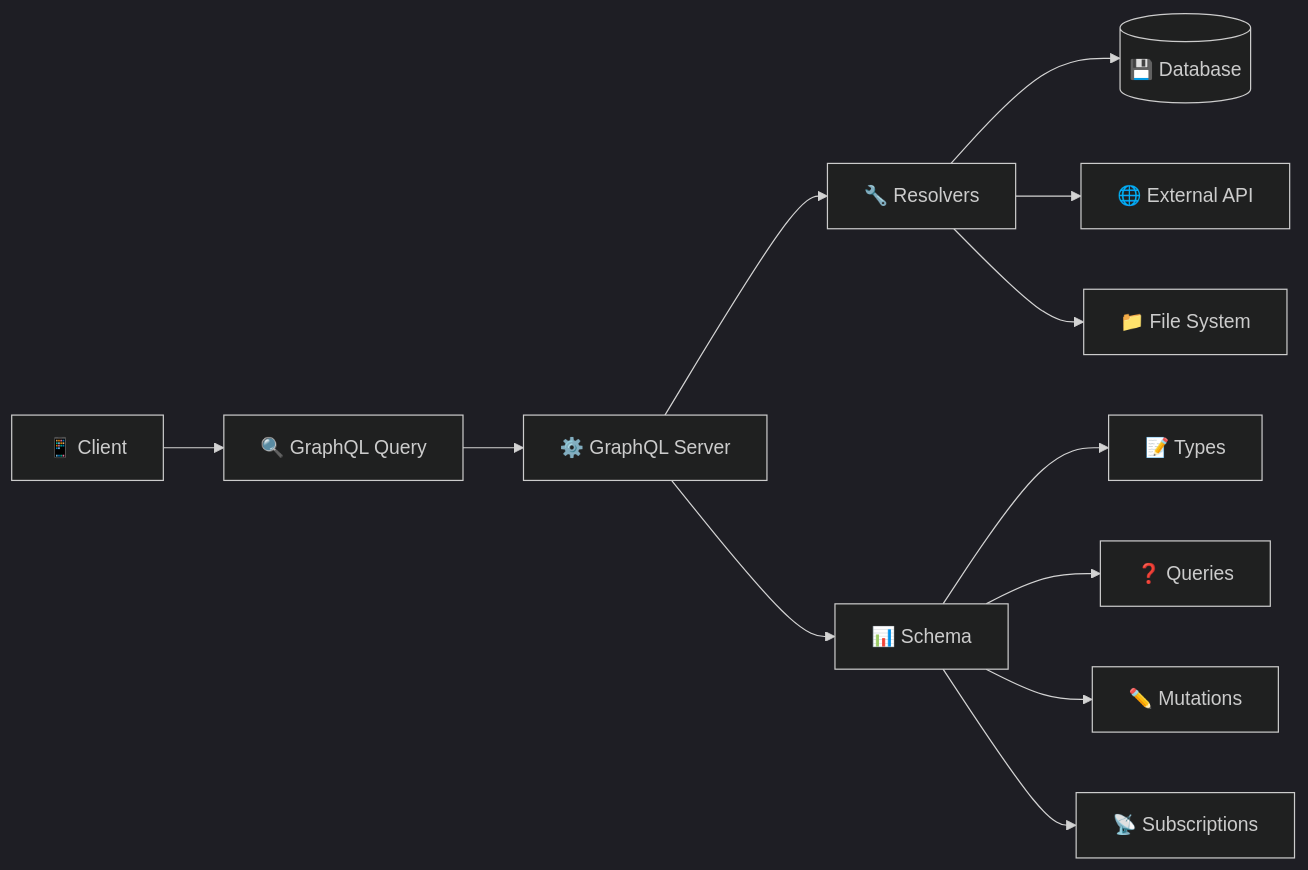
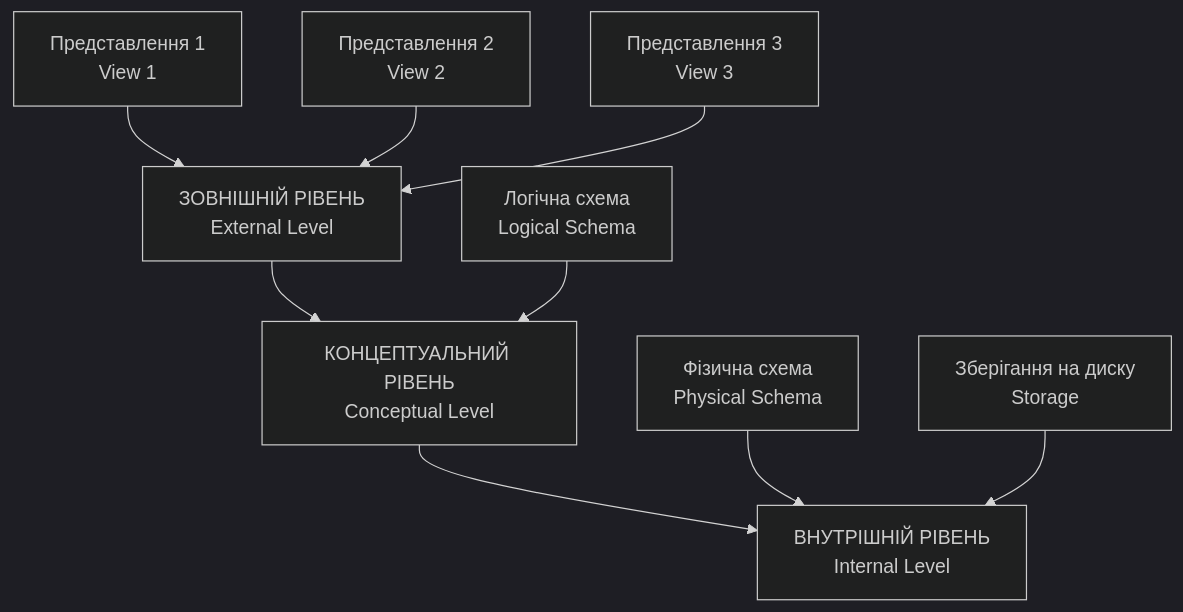
Before and after one commit to olroi421/course-bd: the fourth of 12 diagrams in docs/lectures/lecture-01.md, drawn with Mermaid (dark theme). The commit also changed other lines of this file and 1 other file, not shown here.

````diff
--- a/docs/lectures/lecture-01.md
+++ b/docs/lectures/lecture-01.md
@@ -610,15 +498,14 @@
 ```mermaid
-graph LR
-    A[📱 Client] --> B[🔍 GraphQL Query]
-    B --> C[⚙️ GraphQL Server]
-    C --> D[🔧 Resolvers]
-    D --> E[(💾 Database)]
-    D --> F[🌐 External API]
-    D --> G[📁 File System]
+graph TB
+    A[ЗОВНІШНІЙ РІВЕНЬ<br/>External Level] --> B[КОНЦЕПТУАЛЬНИЙ РІВЕНЬ<br/>Conceptual Level]
+    B --> C[ВНУТРІШНІЙ РІВЕНЬ<br/>Internal Level]
 
-    C --> H[📊 Schema]
-    H --> I[📝 Types]
-    H --> J[❓ Queries]
-    H --> K[✏️ Mutations]
-    H --> L[📡 Subscriptions]
+    D[Представлення 1<br/>View 1] --> A
+    E[Представлення 2<br/>View 2] --> A
+    F[Представлення 3<br/>View 3] --> A
+
+    G[Логічна схема<br/>Logical Schema] --> B
+
+    H[Фізична схема<br/>Physical Schema] --> C
+    I[Зберігання на диску<br/>Storage] --> C
 ```
````
